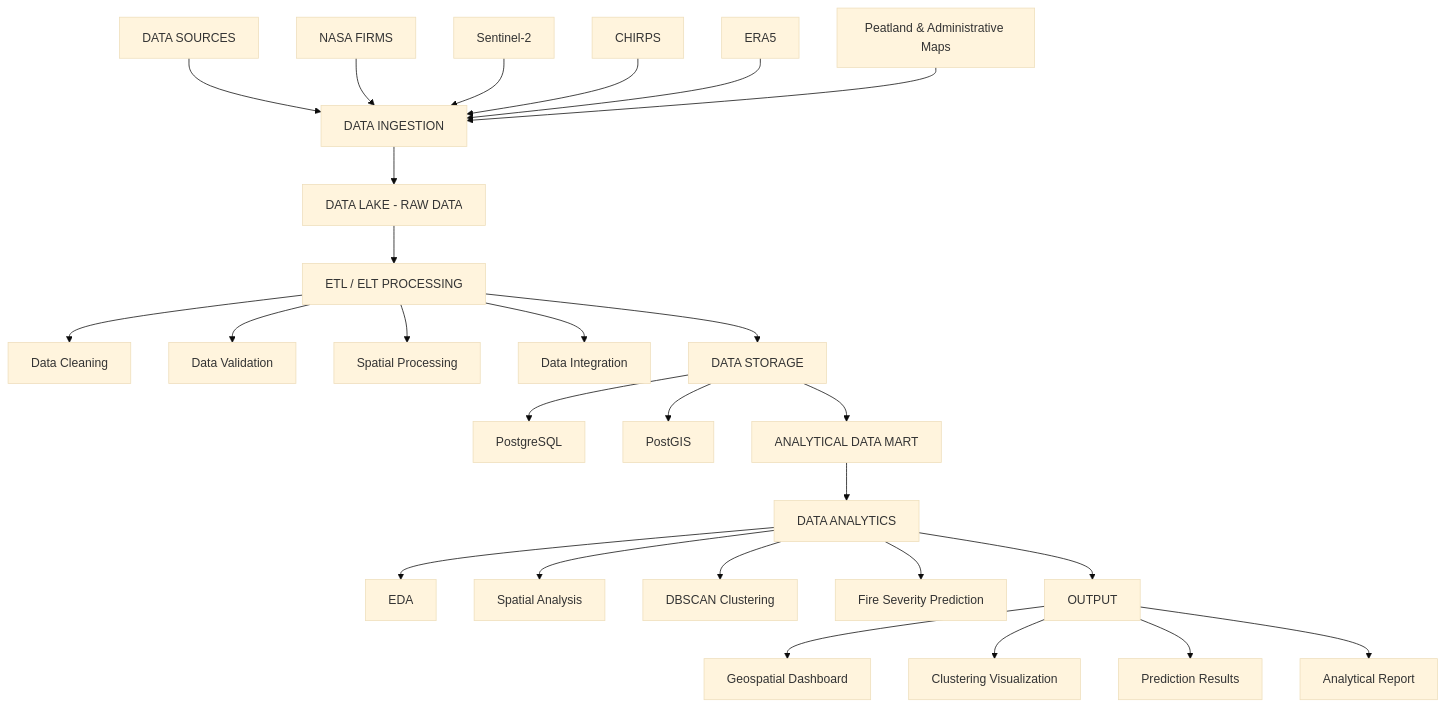
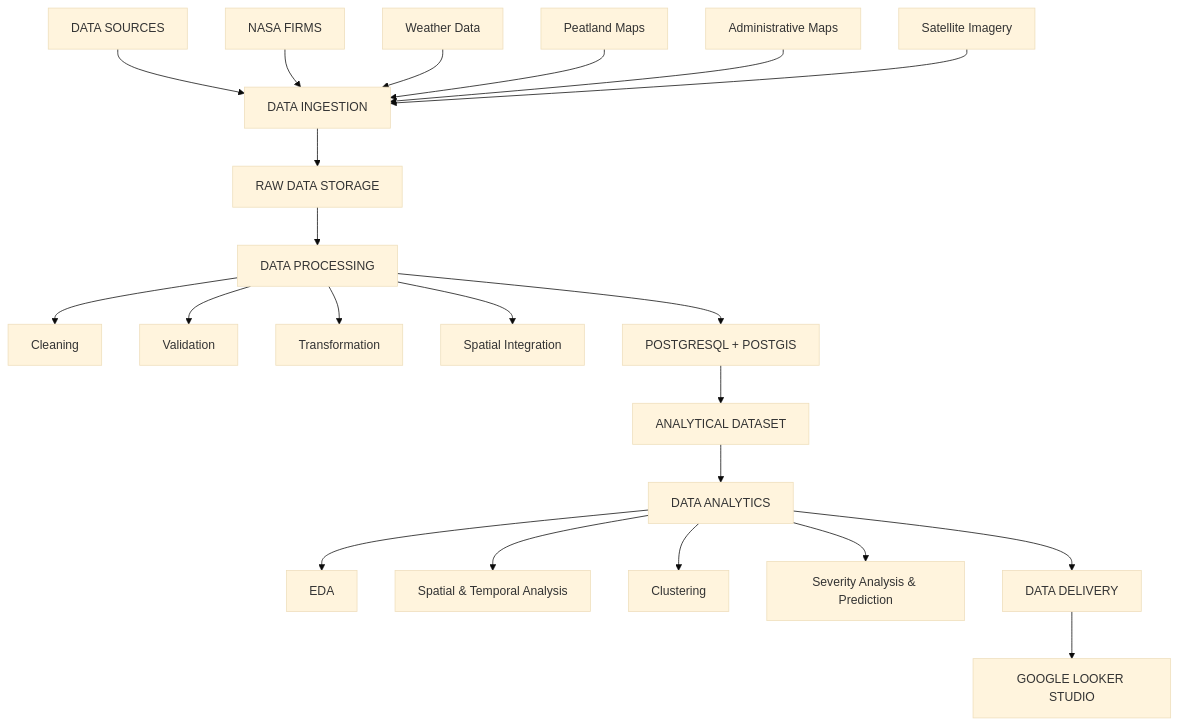
One commit to silitnop/karhutla-spatial-temporal-analysis changed the diagram in README.md. Above: the diagram before and after it, drawn with Mermaid (base theme). The commit also changed other lines of this file and 2 other files, not shown here.

````diff
--- a/README.md
+++ b/README.md
@@ -289,61 +233,51 @@
 ```mermaid
 flowchart TD
     A["DATA SOURCES"]
     A1["NASA FIRMS"]
-    A2["Sentinel-2"]
-    A3["CHIRPS"]
-    A4["ERA5"]
-    A5["Peatland & Administrative Maps"]
+    A2["Weather Data"]
+    A3["Peatland Maps"]
+    A4["Administrative Maps"]
+    A5["Satellite Imagery"]
 
     B["DATA INGESTION"]
-    C["DATA LAKE - RAW DATA"]
-    D["ETL / ELT PROCESSING"]
-    D1["Data Cleaning"]
-    D2["Data Validation"]
-    D3["Spatial Processing"]
-    D4["Data Integration"]
+    C["RAW DATA STORAGE"]
+    D["DATA PROCESSING"]
+    D1["Cleaning"]
+    D2["Validation"]
+    D3["Transformation"]
+    D4["Spatial Integration"]
 
-    E["DATA STORAGE"]
-    E1["PostgreSQL"]
-    E2["PostGIS"]
+    E["POSTGRESQL + POSTGIS"]
+    F["ANALYTICAL DATASET"]
 
-    F["ANALYTICAL DATA MART"]
     G["DATA ANALYTICS"]
     G1["EDA"]
-    G2["Spatial Analysis"]
-    G3["DBSCAN Clustering"]
-    G4["Fire Severity Prediction"]
+    G2["Spatial & Temporal Analysis"]
+    G3["Clustering"]
+    G4["Severity Analysis & Prediction"]
 
-    H["OUTPUT"]
-    H1["Geospatial Dashboard"]
-    H2["Clustering Visualization"]
-    H3["Prediction Results"]
-    H4["Analytical Report"]
+    H["DATA DELIVERY"]
+    I["GOOGLE LOOKER STUDIO"]
 
     A --> B
     A1 --> B
     A2 --> B
     A3 --> B
     A4 --> B
     A5 --> B
     B --> C
     C --> D
     D --> D1
     D --> D2
     D --> D3
     D --> D4
     D --> E
-    E --> E1
-    E --> E2
     E --> F
     F --> G
     G --> G1
     G --> G2
     G --> G3
     G --> G4
     G --> H
-    H --> H1
-    H --> H2
-    H --> H3
-    H --> H4
+    H --> I
 ```
````
